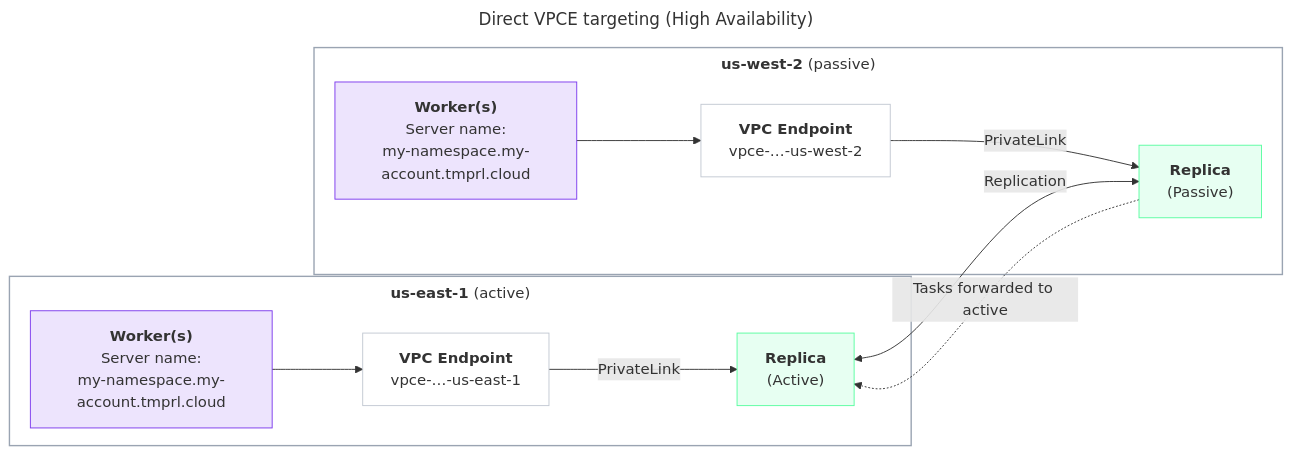
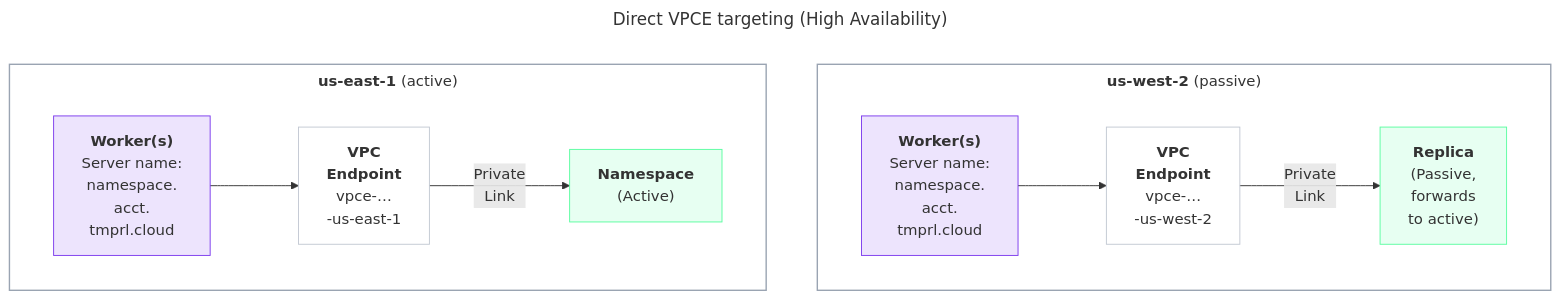
One commit to temporalio/documentation changed the second of 2 diagrams in docs/cloud/connectivity/aws-connectivity.mdx. Above: the diagram before and after it, drawn with Mermaid.

Commit message:
Direct VPCE Corrections 2

````diff
--- a/docs/cloud/connectivity/aws-connectivity.mdx
+++ b/docs/cloud/connectivity/aws-connectivity.mdx
@@ -262,28 +262,28 @@
 ```mermaid
 ---
 title: Direct VPCE targeting (High Availability)
 ---
-%%{init: {'themeVariables':{'fontFamily':'Inter, ui-sans-serif, system-ui, sans-serif'},'flowchart':{'nodeSpacing':18,'rankSpacing':45,'curve':'basis','subGraphTitleMargin':{'top':6,'bottom':12}}}}%%
-flowchart LR
+%%{init: {'themeVariables':{'fontFamily':'Inter, ui-sans-serif, system-ui, sans-serif'},'flowchart':{'nodeSpacing':55,'rankSpacing':70,'curve':'basis','subGraphTitleMargin':{'top':6,'bottom':12}}}}%%
+flowchart TD
     classDef worker fill:#7C3AED22,stroke:#7C3AED,stroke-width:1px;
     classDef ns fill:#59FDA024,stroke:#59FDA0,stroke-width:1px;
     classDef endpoint fill:transparent,stroke:#c2c8d2,stroke-width:1px;
     classDef region fill:transparent,stroke:#9aa4b2,stroke-width:1.5px;
+    subgraph HSEC["<b>us-west-2</b> (passive)"]
+      HWB["<b>Worker(s)</b><br/>Server name:<br/>namespace.<br/>acct.<br/>tmprl.cloud"]:::worker
+      HVPB["<b>VPC<br/>Endpoint</b><br/>vpce-…<br/>-us-west-2"]:::endpoint
+      HNSB["<b>Replica</b><br/>(Passive,<br/>forwards<br/>to active)"]:::ns
+      HWB --> HVPB
+      HVPB -->|Private<br/>Link| HNSB
+    end
     subgraph HPRIM["<b>us-east-1</b> (active)"]
-      HWA["<b>Worker(s)</b><br/>Server name:<br/>my-namespace.my-account.tmprl.cloud"]:::worker
-      HVPA["<b>VPC Endpoint</b><br/>vpce-…-us-east-1"]:::endpoint
-      HNSA["<b>Replica</b><br/>(Active)"]:::ns
+      HWA["<b>Worker(s)</b><br/>Server name:<br/>namespace.<br/>acct.<br/>tmprl.cloud"]:::worker
+      HVPA["<b>VPC<br/>Endpoint</b><br/>vpce-…<br/>-us-east-1"]:::endpoint
+      HNSA["<b>Namespace</b><br/>(Active)"]:::ns
       HWA --> HVPA
-      HVPA -->|PrivateLink| HNSA
+      HVPA -->|Private<br/>Link| HNSA
     end
-    subgraph HSEC["<b>us-west-2</b> (passive)"]
-      HWB["<b>Worker(s)</b><br/>Server name:<br/>my-namespace.my-account.tmprl.cloud"]:::worker
-      HVPB["<b>VPC Endpoint</b><br/>vpce-…-us-west-2"]:::endpoint
-      HNSB["<b>Replica</b><br/>(Passive)"]:::ns
-      HWB --> HVPB
-      HVPB -->|PrivateLink| HNSB
-    end
-    HNSB -.->|"Tasks forwarded to active"| HNSA
-    HNSA <-->|Replication| HNSB
+    
+    
     class HPRIM,HSEC region
 ```
````
